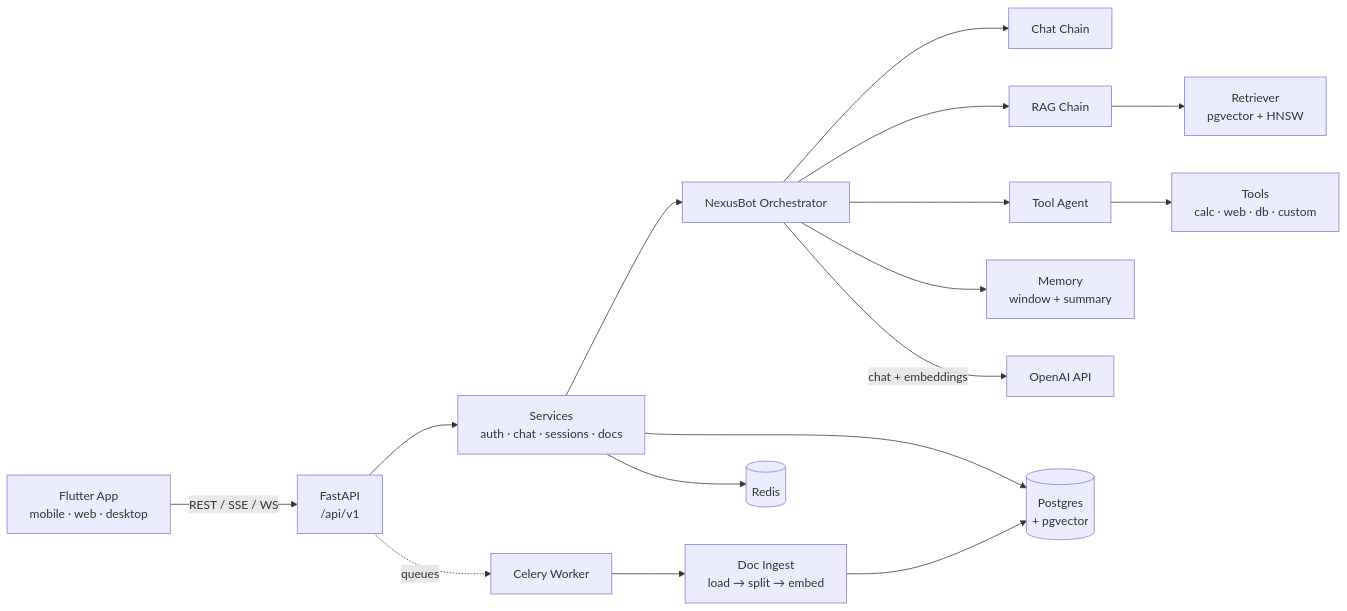
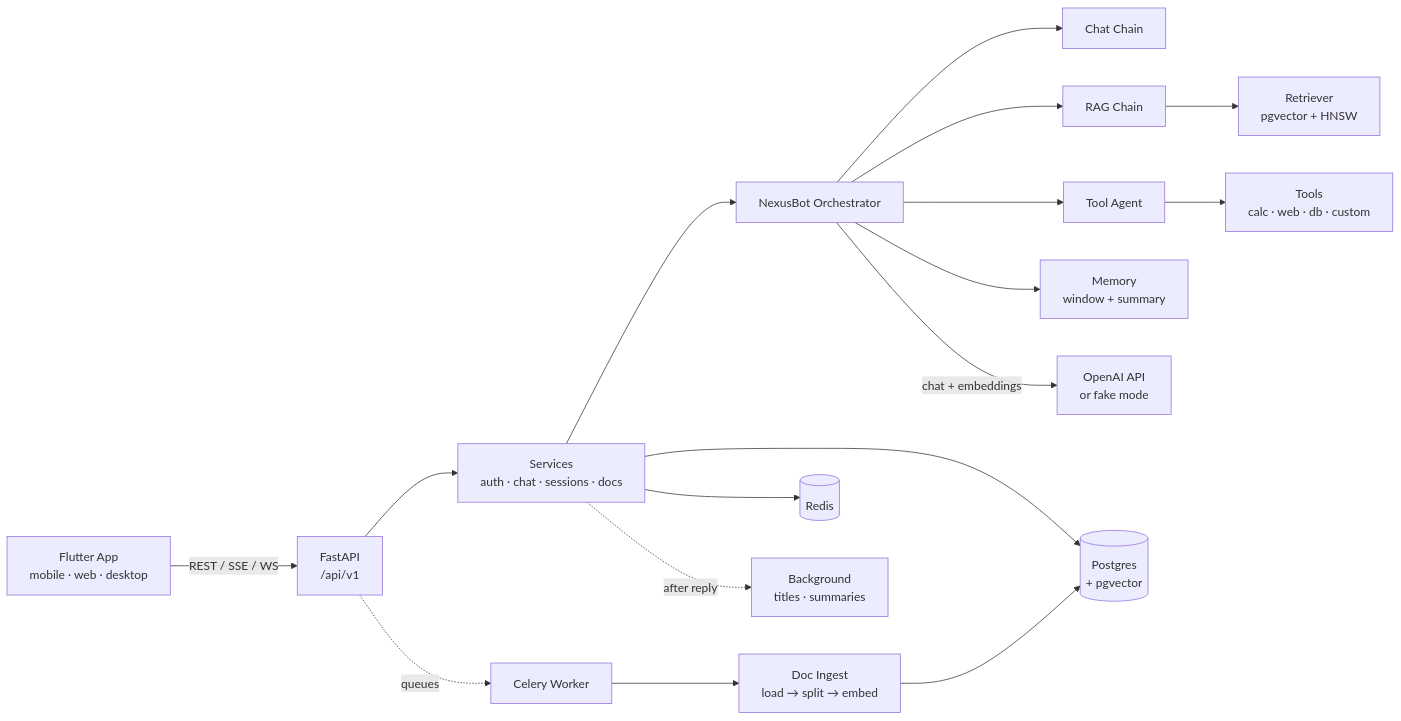
The diagram in README.md (yosefyosef13054/NEXUSBOT), drawn with Mermaid before and after one commit. The commit also changed other lines of this file and 238 other files, not shown here.

````diff
--- a/README.md
+++ b/README.md
@@ -194,19 +207,20 @@
 ```mermaid
 flowchart LR
     F[Flutter App<br/>mobile · web · desktop]
     F -->|REST / SSE / WS| API[FastAPI<br/>/api/v1]
     API --> S[Services<br/>auth · chat · sessions · docs]
     S --> ORCH[NexusBot Orchestrator]
     ORCH --> C1[Chat Chain]
     ORCH --> C2[RAG Chain]
     ORCH --> C3[Tool Agent]
     ORCH --> MEM[Memory<br/>window + summary]
     C2 --> R[Retriever<br/>pgvector + HNSW]
     C3 --> T[Tools<br/>calc · web · db · custom]
     S --> DB[(Postgres<br/>+ pgvector)]
     S --> RD[(Redis)]
+    S -.after reply.-> BG[Background<br/>titles · summaries]
     API -.queues.-> W[Celery Worker]
     W --> ING[Doc Ingest<br/>load → split → embed]
     ING --> DB
-    ORCH -->|chat + embeddings| LLM[OpenAI API]
+    ORCH -->|chat + embeddings| LLM[OpenAI API<br/>or fake mode]
 ```
````
